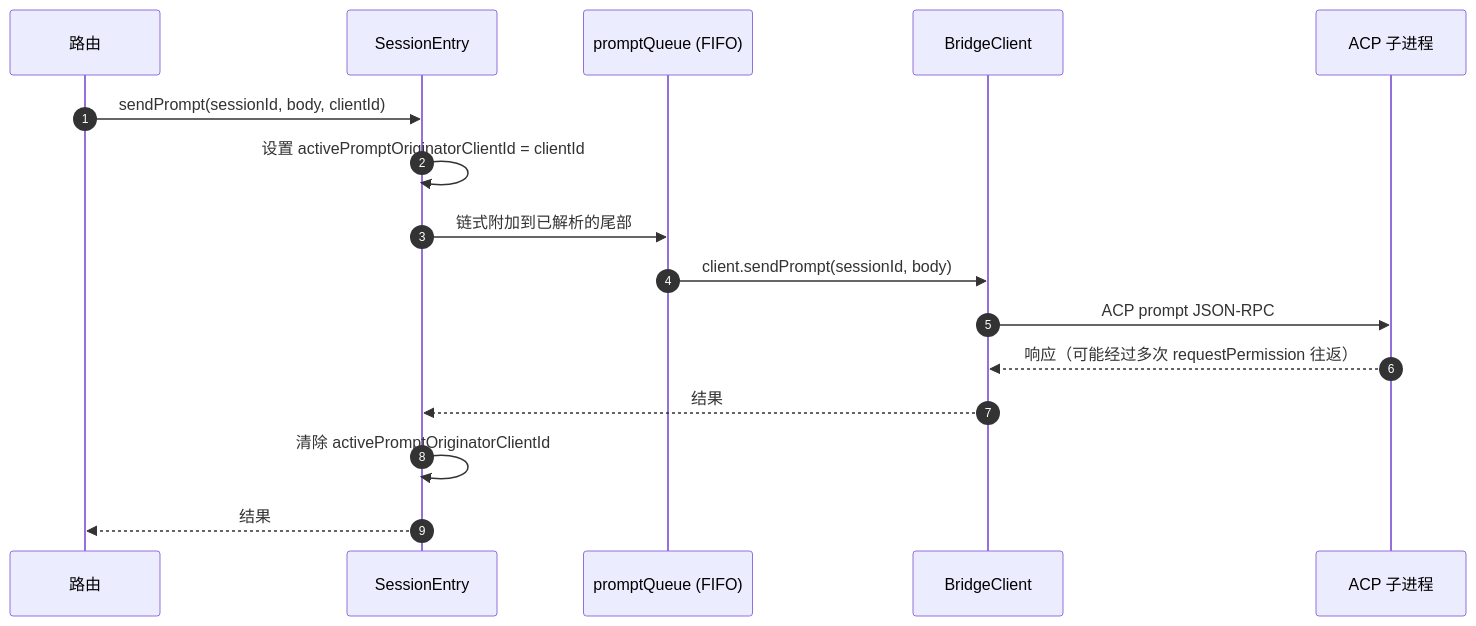
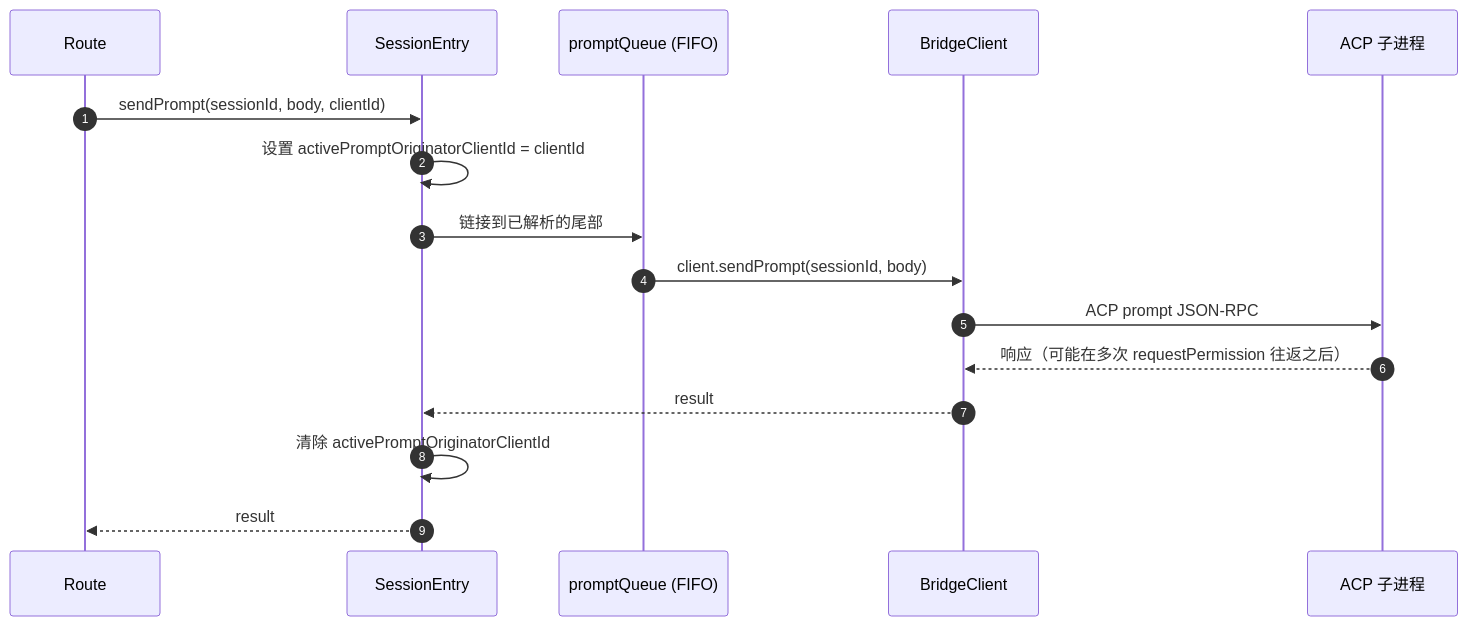
Before and after one commit to QwenLM/qwen-code-docs: the second of 4 diagrams in website/content/zh/developers/daemon/03-acp-bridge.md, drawn with Mermaid. The commit also changed other lines of this file and 162 other files, not shown here.

````diff
--- a/website/content/zh/developers/daemon/03-acp-bridge.md
+++ b/website/content/zh/developers/daemon/03-acp-bridge.md
@@ -98,19 +98,19 @@
 ```mermaid
 sequenceDiagram
     autonumber
-    participant R as 路由
+    participant R as Route
     participant E as SessionEntry
     participant Q as promptQueue (FIFO)
     participant BC as BridgeClient
     participant ACP as ACP 子进程
 
     R->>E: sendPrompt(sessionId, body, clientId)
     E->>E: 设置 activePromptOriginatorClientId = clientId
-    E->>Q: 链式附加到已解析的尾部
+    E->>Q: 链接到已解析的尾部
     Q->>BC: client.sendPrompt(sessionId, body)
     BC->>ACP: ACP prompt JSON-RPC
-    ACP-->>BC: 响应（可能经过多次 requestPermission 往返）
-    BC-->>E: 结果
+    ACP-->>BC: 响应（可能在多次 requestPermission 往返之后）
+    BC-->>E: result
     E->>E: 清除 activePromptOriginatorClientId
-    E-->>R: 结果
+    E-->>R: result
 ```
````
